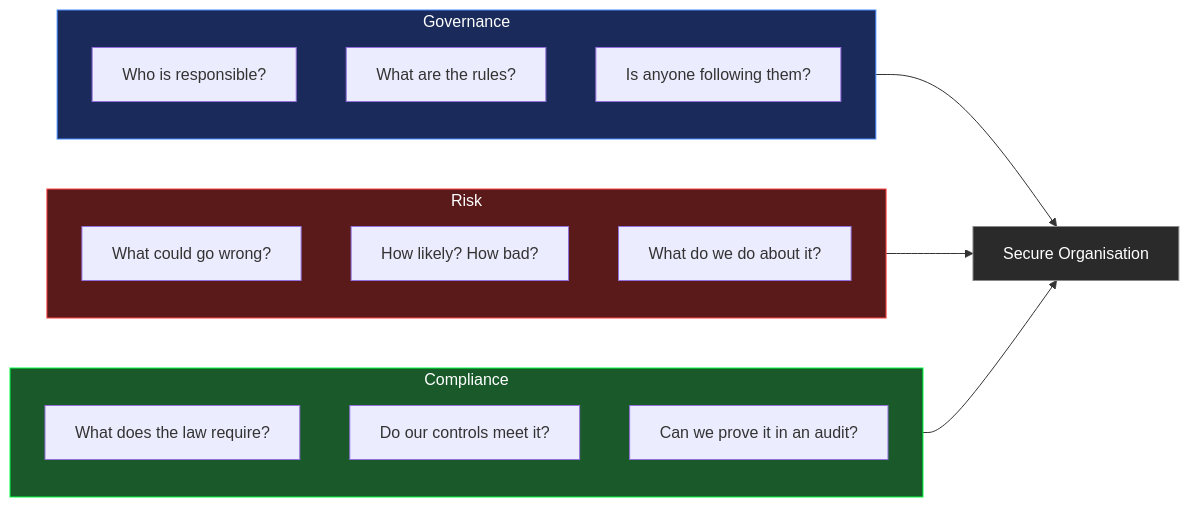
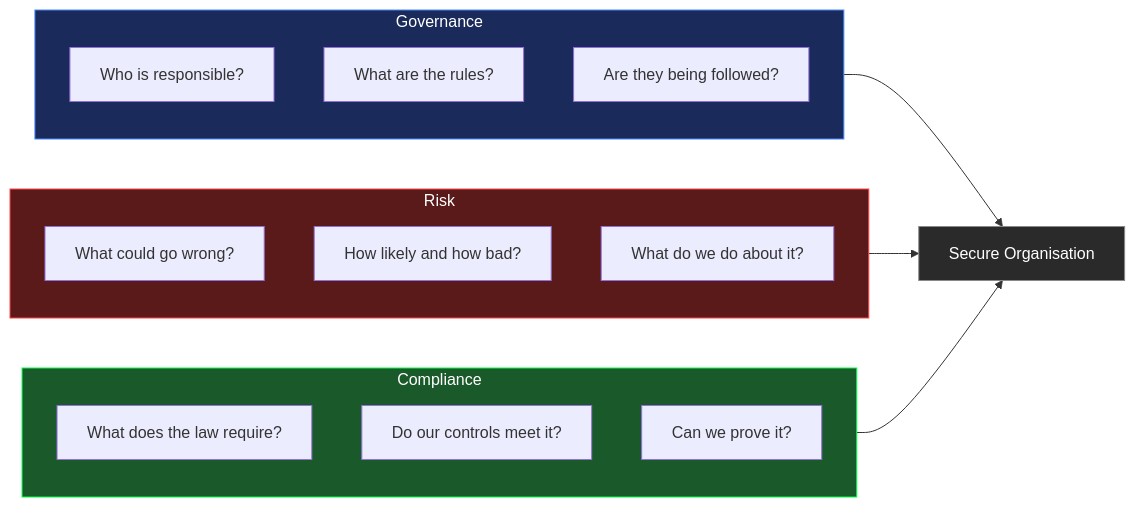
Before and after one commit to Speed-boo3/grc-project: the first of 3 diagrams in README.md, drawn with Mermaid. The commit also changed other lines of this file and 7 other files, not shown here.

````diff
--- a/README.md
+++ b/README.md
@@ -39,27 +31,27 @@
 ```mermaid
 flowchart LR
     subgraph G[Governance]
         G1[Who is responsible?]
         G2[What are the rules?]
-        G3[Is anyone following them?]
+        G3[Are they being followed?]
     end
     subgraph R[Risk]
         R1[What could go wrong?]
-        R2[How likely? How bad?]
+        R2[How likely and how bad?]
         R3[What do we do about it?]
     end
     subgraph C[Compliance]
         C1[What does the law require?]
         C2[Do our controls meet it?]
-        C3[Can we prove it in an audit?]
+        C3[Can we prove it?]
     end
 
-    G --> SEC[Secure Organisation]
-    R --> SEC
-    C --> SEC
+    G --> ORG[Secure Organisation]
+    R --> ORG
+    C --> ORG
 
     style G fill:#1a2a5a,stroke:#4488ff,color:#ffffff
     style R fill:#5a1a1a,stroke:#ff4444,color:#ffffff
     style C fill:#1a5a2a,stroke:#00ff41,color:#ffffff
-    style SEC fill:#2a2a2a,stroke:#888888,color:#ffffff
+    style ORG fill:#2a2a2a,stroke:#888888,color:#ffffff
 ```
````
